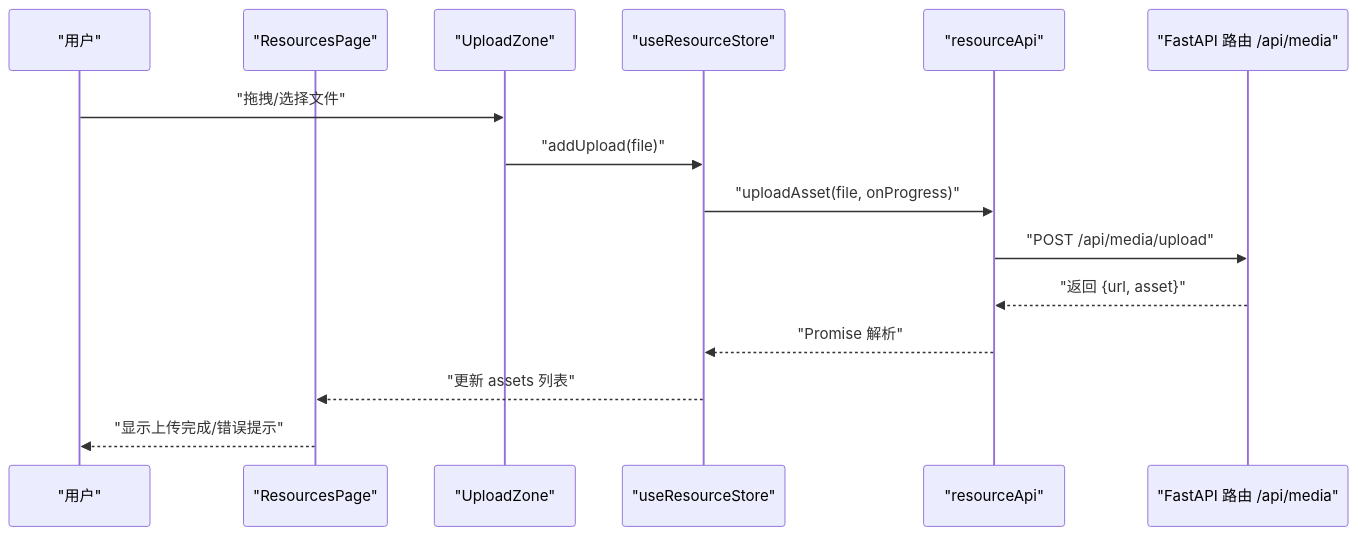
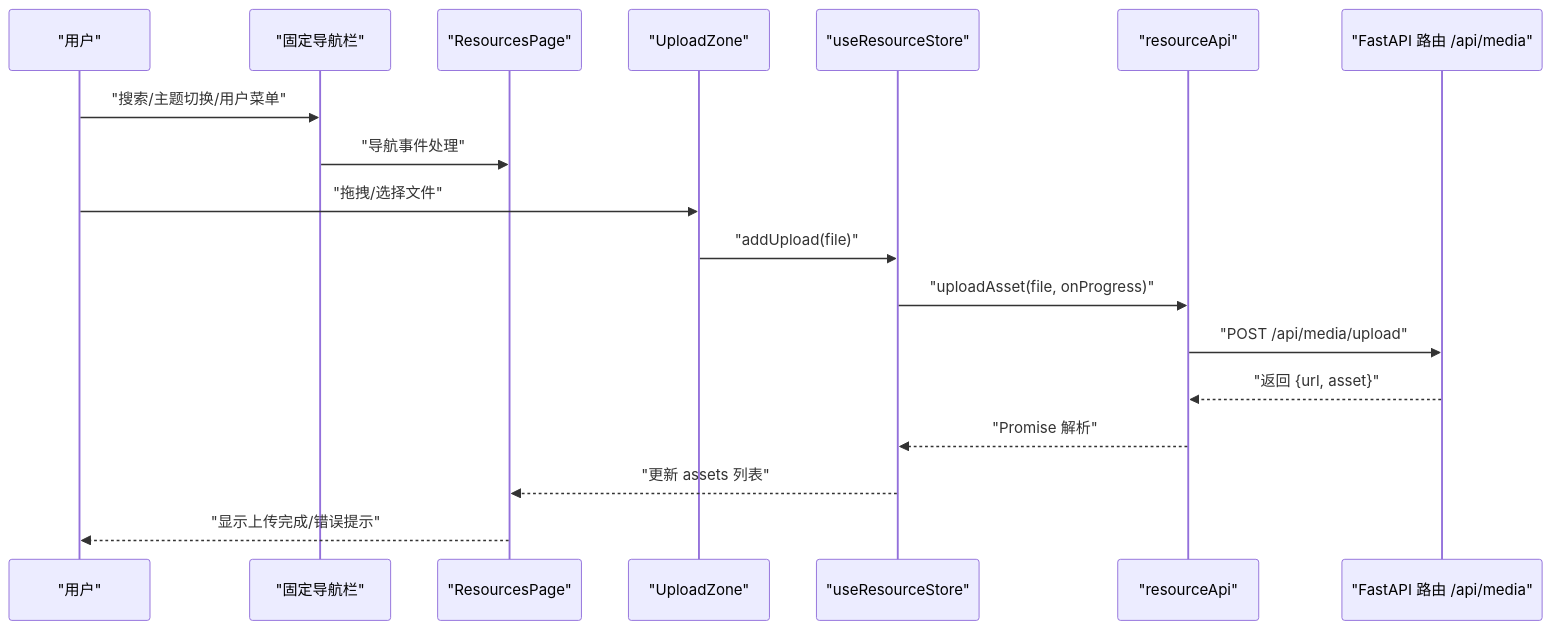
Before and after one commit to KunLabAI/KunFlix: the second of 12 diagrams in .qoder/repowiki/zh/content/系统架构/前端架构/组件架构/资源管理组件.md, drawn with Mermaid. The commit also changed other lines of this file and 88 other files, not shown here.

````diff
--- a/.qoder/repowiki/zh/content/系统架构/前端架构/组件架构/资源管理组件.md
+++ b/.qoder/repowiki/zh/content/系统架构/前端架构/组件架构/资源管理组件.md
@@ -131,17 +146,20 @@
 ```mermaid
 sequenceDiagram
 participant U as "用户"
+participant N as "固定导航栏"
 participant P as "ResourcesPage"
 participant Z as "UploadZone"
 participant S as "useResourceStore"
 participant A as "resourceApi"
 participant R as "FastAPI 路由 /api/media"
+U->>N : "搜索/主题切换/用户菜单"
+N->>P : "导航事件处理"
 U->>Z : "拖拽/选择文件"
 Z->>S : "addUpload(file)"
 S->>A : "uploadAsset(file, onProgress)"
 A->>R : "POST /api/media/upload"
 R-->>A : "返回 {url, asset}"
 A-->>S : "Promise 解析"
 S-->>P : "更新 assets 列表"
 P-->>U : "显示上传完成/错误提示"
 ```
````
